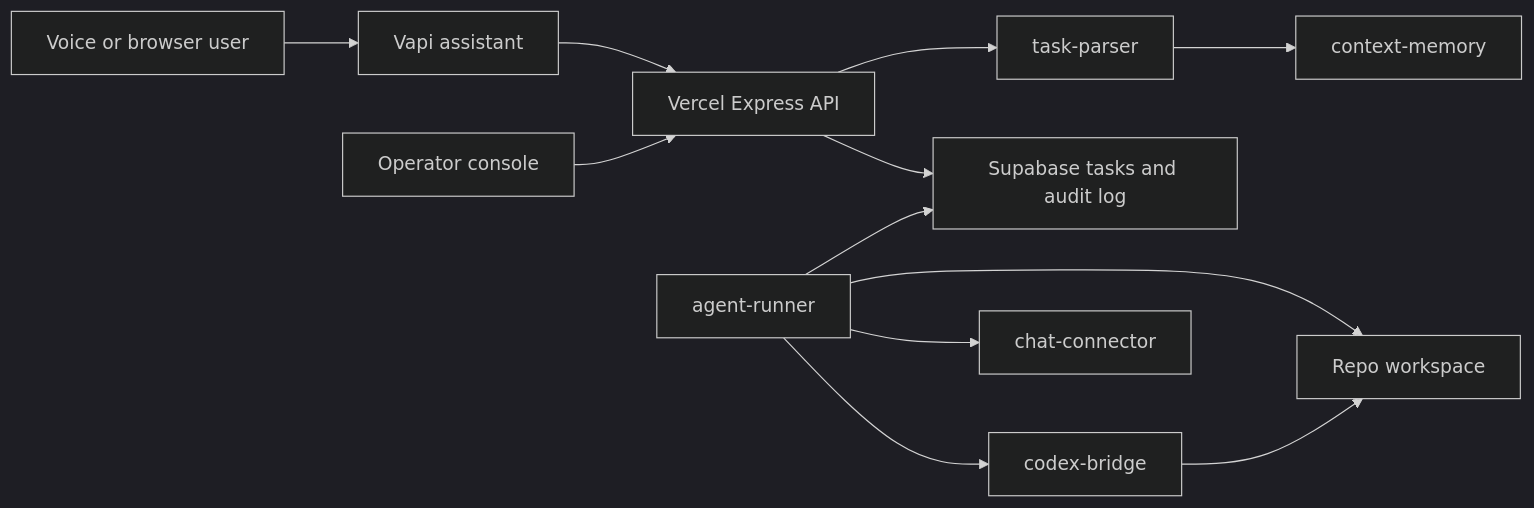
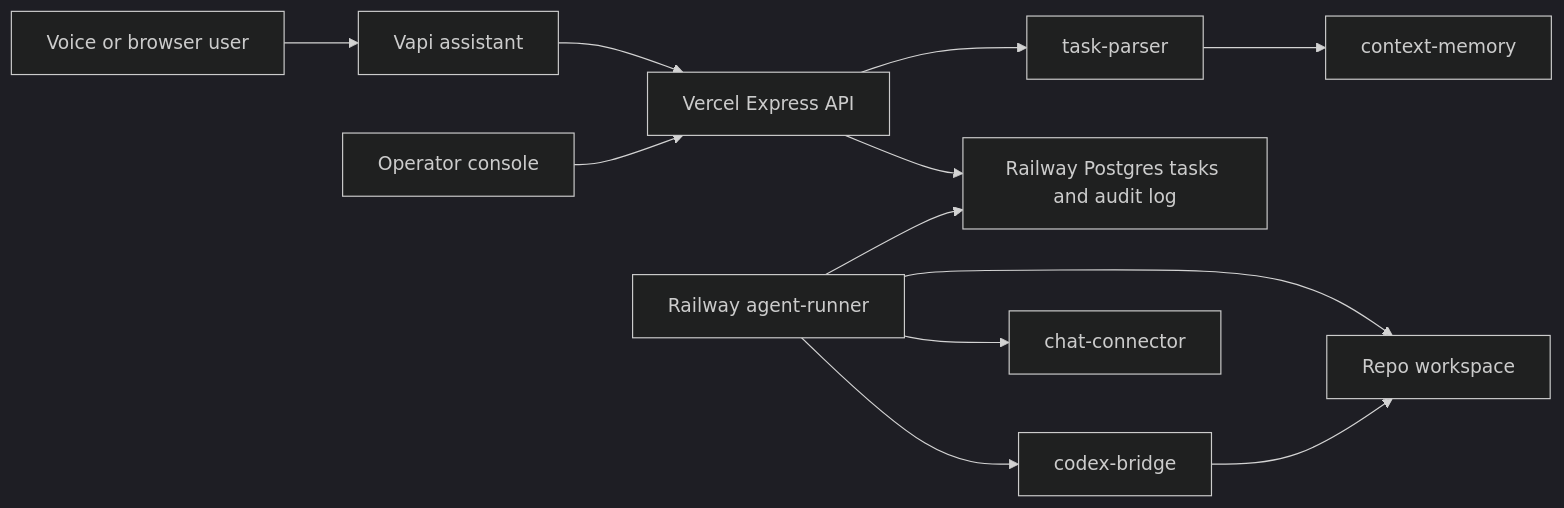
Before and after one commit to blakeburby/CallAI: the diagram in README.md, drawn with Mermaid (dark theme). The commit also changed other lines of this file and 13 other files, not shown here.

Commit message:
Move persistence and runner to Railway

````diff
--- a/README.md
+++ b/README.md
@@ -7,14 +7,14 @@
 ```mermaid
 flowchart LR
   User["Voice or browser user"] --> Vapi["Vapi assistant"]
   Vapi --> API["Vercel Express API"]
   Browser["Operator console"] --> API
   API --> Parser["task-parser"]
   Parser --> Memory["context-memory"]
-  API --> Supabase["Supabase tasks and audit log"]
-  Runner["agent-runner"] --> Supabase
+  API --> RailwayDB["Railway Postgres tasks and audit log"]
+  Runner["Railway agent-runner"] --> RailwayDB
   Runner --> Repo["Repo workspace"]
   Runner --> Codex["codex-bridge"]
   Codex --> Repo
   Runner --> Chat["chat-connector"]
 ```
````
